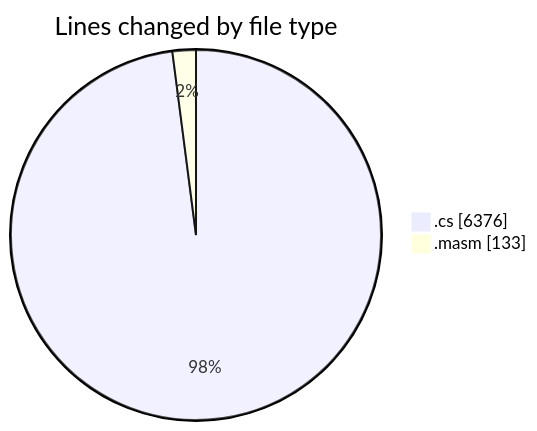
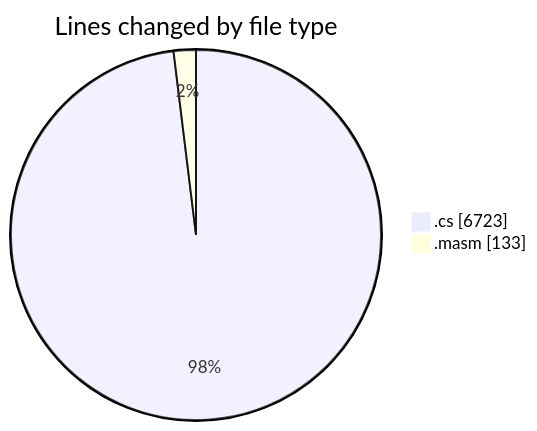
Before and after one commit to charlie-sans/code-tracking: the first of 2 diagrams in 2025-03-17/sharpmasm/README.md, drawn with Mermaid. The commit also changed other lines of this file and 1 other file, not shown here.

````diff
--- a/2025-03-17/sharpmasm/README.md
+++ b/2025-03-17/sharpmasm/README.md
@@ -28,6 +30,6 @@
 ```mermaid
 pie showData
 title Lines changed by file type
-".cs" : 6376
+".cs" : 6723
 ".masm" : 133
 ```
````
